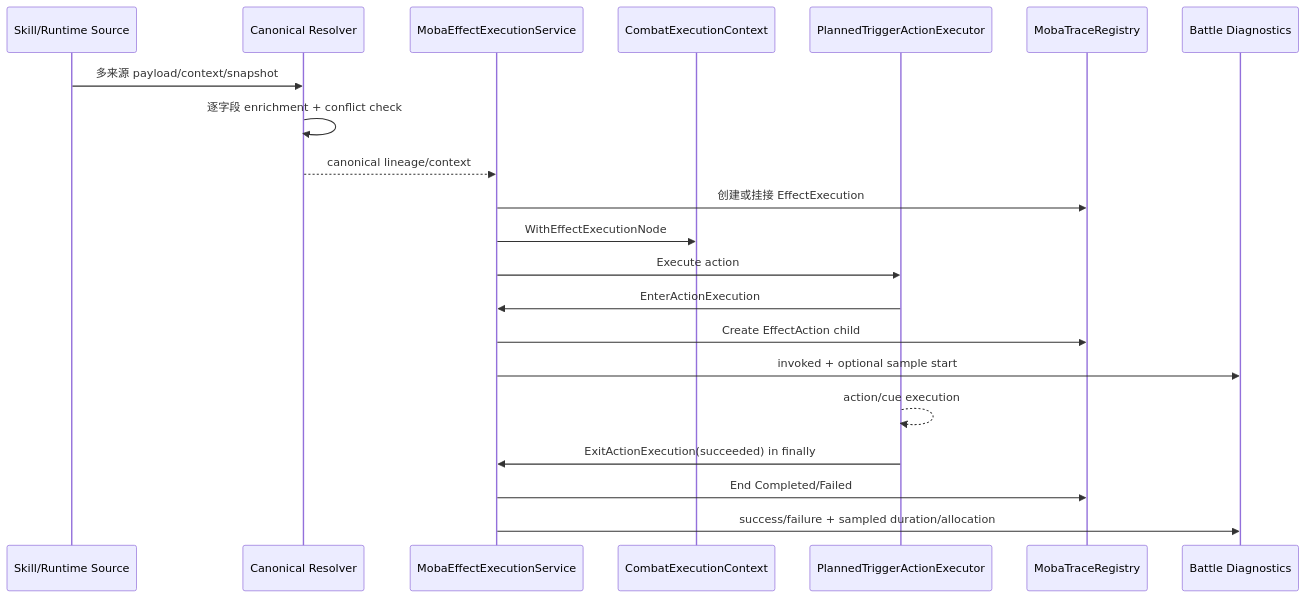
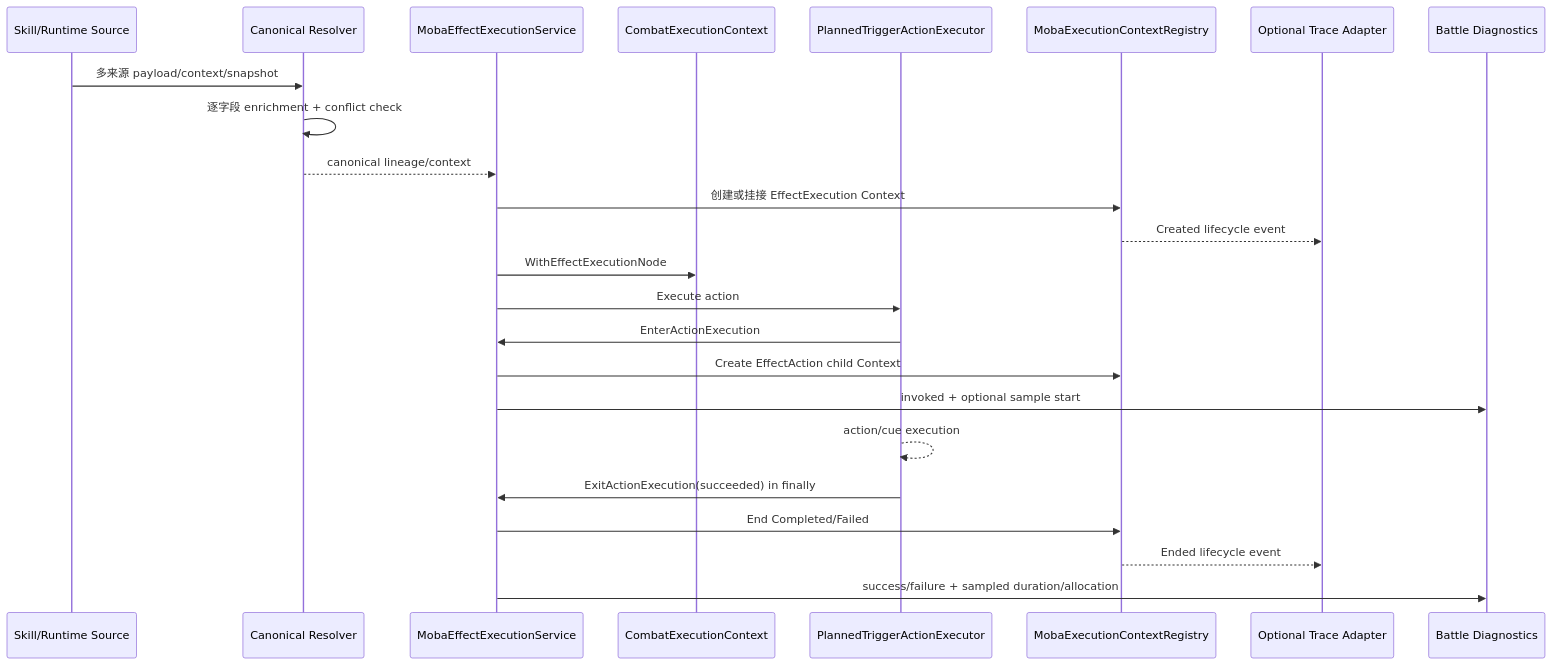
The fifth of 5 diagrams in Docs/design/09-ImplementationExamples/MOBA/09-TraceContextEffectDeepDive.md (HOBOBO/AbilityKit), drawn with Mermaid before and after one commit. The commit also changed other lines of this file and 1591 other files, not shown here.

````diff
--- a/Docs/design/09-ImplementationExamples/MOBA/09-TraceContextEffectDeepDive.md
+++ b/Docs/design/09-ImplementationExamples/MOBA/09-TraceContextEffectDeepDive.md
@@ -226,24 +235,27 @@
 ```mermaid
 sequenceDiagram
     participant Skill as Skill/Runtime Source
     participant Resolver as Canonical Resolver
     participant Effect as MobaEffectExecutionService
     participant Context as CombatExecutionContext
     participant Executor as PlannedTriggerActionExecutor
-    participant Trace as MobaTraceRegistry
+    participant Registry as MobaExecutionContextRegistry
+    participant Adapter as Optional Trace Adapter
     participant Diagnostics as Battle Diagnostics
 
     Skill->>Resolver: 多来源 payload/context/snapshot
     Resolver->>Resolver: 逐字段 enrichment + conflict check
     Resolver-->>Effect: canonical lineage/context
-    Effect->>Trace: 创建或挂接 EffectExecution
+    Effect->>Registry: 创建或挂接 EffectExecution Context
+    Registry-->>Adapter: Created lifecycle event
     Effect->>Context: WithEffectExecutionNode
     Effect->>Executor: Execute action
     Executor->>Effect: EnterActionExecution
-    Effect->>Trace: Create EffectAction child
+    Effect->>Registry: Create EffectAction child Context
     Effect->>Diagnostics: invoked + optional sample start
     Executor-->>Executor: action/cue execution
     Executor->>Effect: ExitActionExecution(succeeded) in finally
-    Effect->>Trace: End Completed/Failed
+    Effect->>Registry: End Completed/Failed
+    Registry-->>Adapter: Ended lifecycle event
     Effect->>Diagnostics: success/failure + sampled duration/allocation
 ```
````
